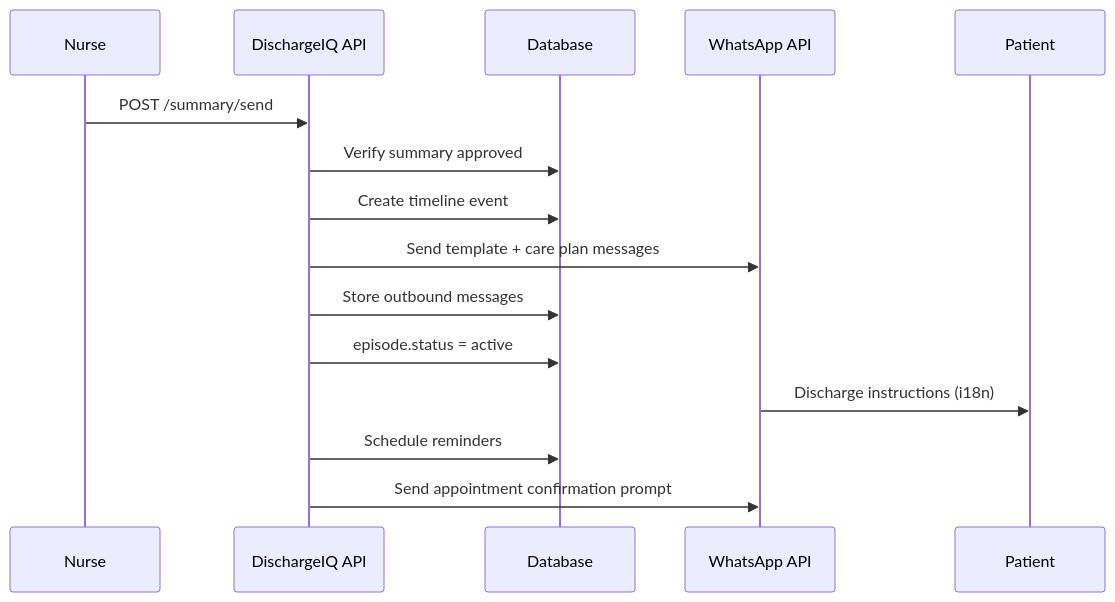
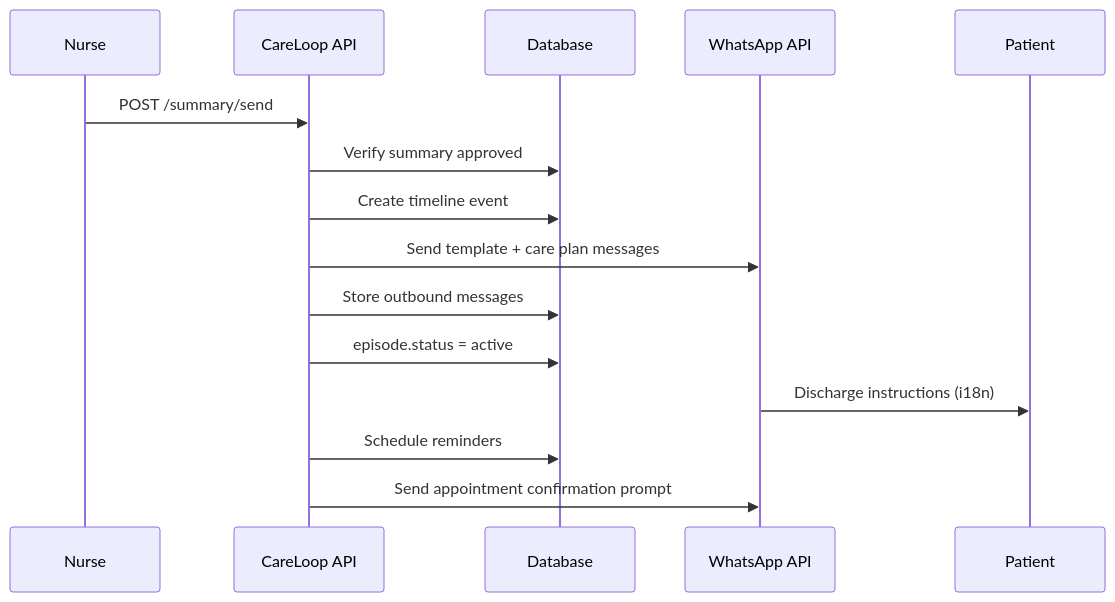
One commit to FuadAhamed91/-DischargeIQ changed the fourth of 10 diagrams in ARCHITECTURE.md. Above: the diagram before and after it, drawn with Mermaid. The commit also changed other lines of this file and 2 other files, not shown here.

First line of the commit message:
docs: DischargeIQ is now CareLoop

````diff
--- a/ARCHITECTURE.md
+++ b/ARCHITECTURE.md
@@ -892,18 +892,18 @@
 ```mermaid
 sequenceDiagram
     participant Nurse
-    participant API as DischargeIQ API
+    participant API as CareLoop API
     participant DB as Database
     participant WA as WhatsApp API
     participant Patient
 
     Nurse->>API: POST /summary/send
     API->>DB: Verify summary approved
     API->>DB: Create timeline event
     API->>WA: Send template + care plan messages
     API->>DB: Store outbound messages
     API->>DB: episode.status = active
     WA->>Patient: Discharge instructions (i18n)
     API->>DB: Schedule reminders
     API->>WA: Send appointment confirmation prompt
 ```
````
